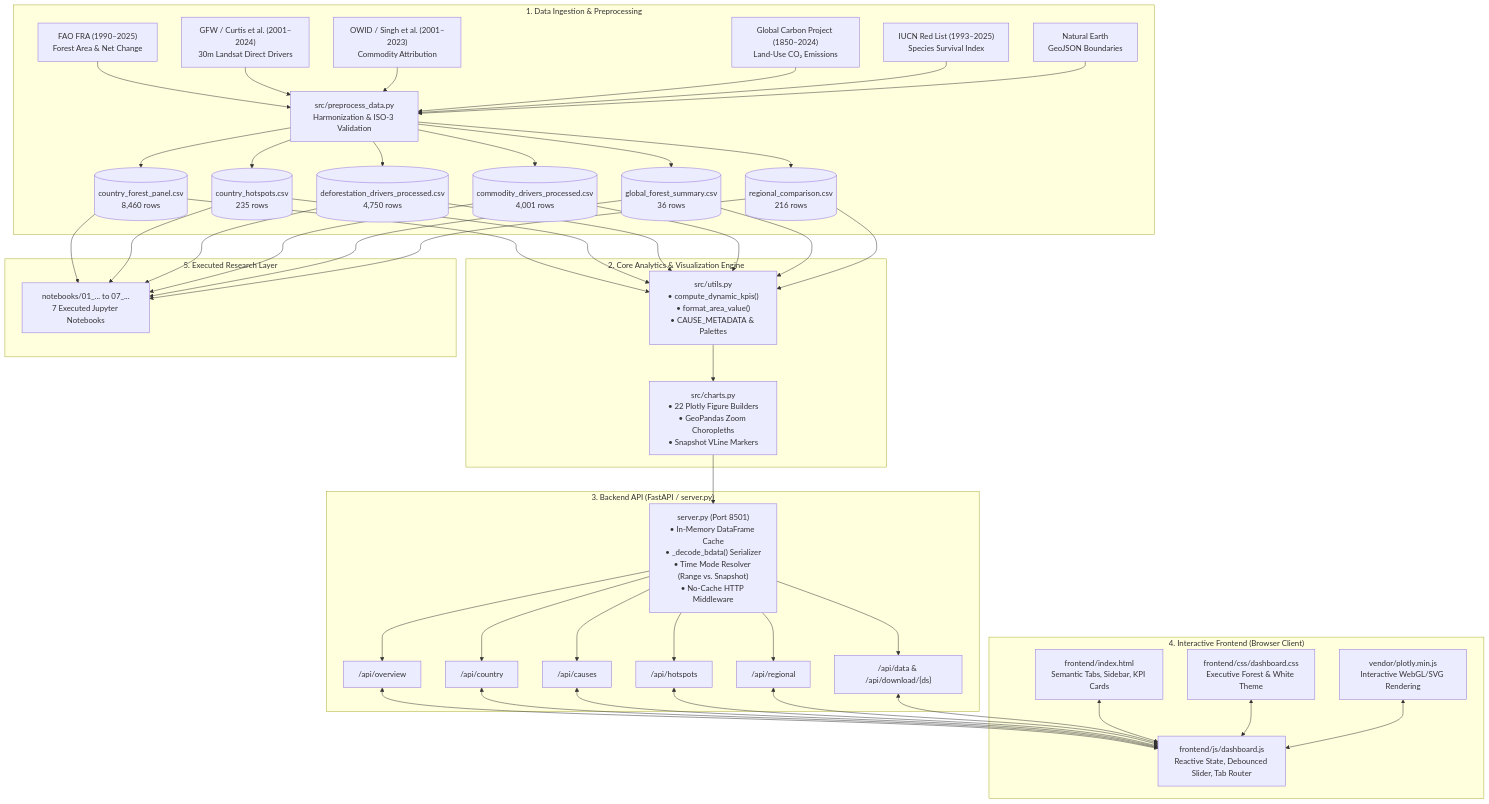
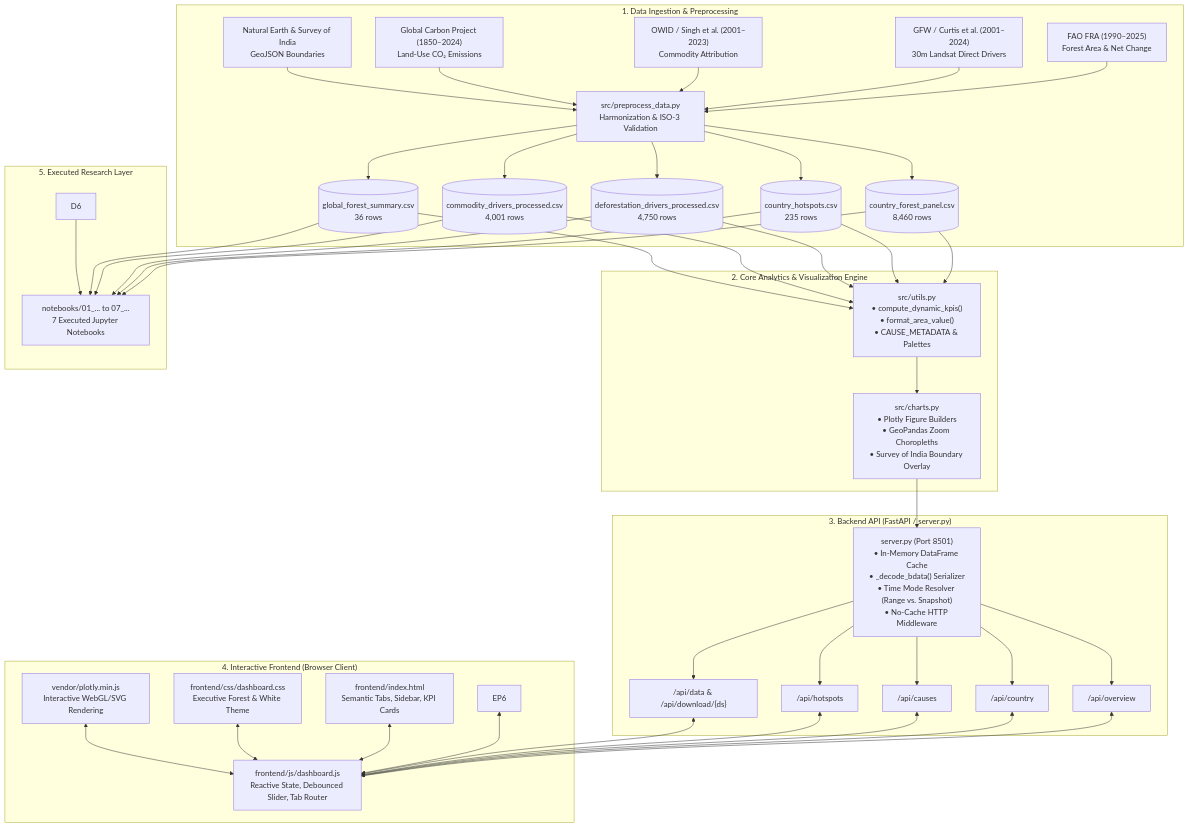
Before and after one commit to lognflow/DV_LAB_5th: the first of 2 diagrams in SYSTEM_DOCUMENTATION.md, drawn with Mermaid. The commit also changed other lines of this file and 19 other files, not shown here.

````diff
--- a/SYSTEM_DOCUMENTATION.md
+++ b/SYSTEM_DOCUMENTATION.md
@@ -32,53 +32,50 @@
 ```mermaid
 flowchart TD
     subgraph Data_Layer ["1. Data Ingestion & Preprocessing"]
         R1["FAO FRA (1990–2025)<br>Forest Area & Net Change"]
         R2["GFW / Curtis et al. (2001–2024)<br>30m Landsat Direct Drivers"]
         R3["OWID / Singh et al. (2001–2023)<br>Commodity Attribution"]
         R4["Global Carbon Project (1850–2024)<br>Land-Use CO₂ Emissions"]
-        R5["IUCN Red List (1993–2025)<br>Species Survival Index"]
-        R6["Natural Earth<br>GeoJSON Boundaries"]
+        R5["Natural Earth & Survey of India<br>GeoJSON Boundaries"]
         
         P["src/preprocess_data.py<br>Harmonization & ISO-3 Validation"]
         
-        R1 & R2 & R3 & R4 & R5 & R6 --> P
+        R1 & R2 & R3 & R4 & R5 --> P
         P --> D1[("country_forest_panel.csv<br>8,460 rows")]
         P --> D2[("country_hotspots.csv<br>235 rows")]
         P --> D3[("deforestation_drivers_processed.csv<br>4,750 rows")]
         P --> D4[("commodity_drivers_processed.csv<br>4,001 rows")]
         P --> D5[("global_forest_summary.csv<br>36 rows")]
-        P --> D6[("regional_comparison.csv<br>216 rows")]
     end
 
     subgraph Core_Engine ["2. Core Analytics & Visualization Engine"]
         U["src/utils.py<br>• compute_dynamic_kpis()<br>• format_area_value()<br>• CAUSE_METADATA & Palettes"]
-        C["src/charts.py<br>• 22 Plotly Figure Builders<br>• GeoPandas Zoom Choropleths<br>• Snapshot VLine Markers"]
-        D1 & D2 & D3 & D4 & D5 & D6 --> U --> C
+        C["src/charts.py<br>• Plotly Figure Builders<br>• GeoPandas Zoom Choropleths<br>• Survey of India Boundary Overlay"]
+        D1 & D2 & D3 & D4 & D5 --> U --> C
     end
 
     subgraph API_Layer ["3. Backend API (FastAPI / server.py)"]
         S["server.py (Port 8501)<br>• In-Memory DataFrame Cache<br>• _decode_bdata() Serializer<br>• Time Mode Resolver (Range vs. Snapshot)<br>• No-Cache HTTP Middleware"]
         C --> S
         S --> EP1["/api/overview"]
         S --> EP2["/api/country"]
         S --> EP3["/api/causes"]
         S --> EP4["/api/hotspots"]
-        S --> EP5["/api/regional"]
-        S --> EP6["/api/data & /api/download/{ds}"]
+        S --> EP5["/api/data & /api/download/{ds}"]
     end
 
     subgraph Frontend_Layer ["4. Interactive Frontend (Browser Client)"]
         HTML["frontend/index.html<br>Semantic Tabs, Sidebar, KPI Cards"]
         CSS["frontend/css/dashboard.css<br>Executive Forest & White Theme"]
         JS["frontend/js/dashboard.js<br>Reactive State, Debounced Slider, Tab Router"]
         PJS["vendor/plotly.min.js<br>Interactive WebGL/SVG Rendering"]
         
         EP1 & EP2 & EP3 & EP4 & EP5 & EP6 <--> JS
         HTML & CSS & PJS <--> JS
     end
 
     subgraph Notebooks_Layer ["5. Executed Research Layer"]
         NB["notebooks/01_... to 07_...<br>7 Executed Jupyter Notebooks"]
         D1 & D2 & D3 & D4 & D5 & D6 --> NB
     end
 ```
````
